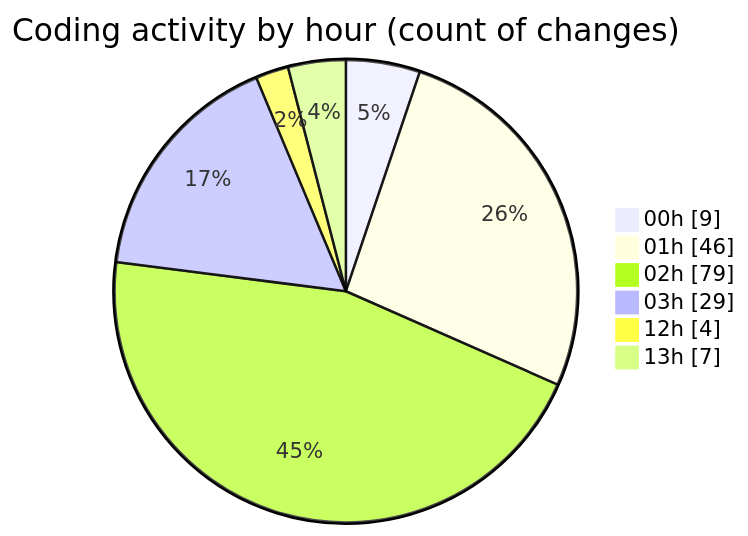
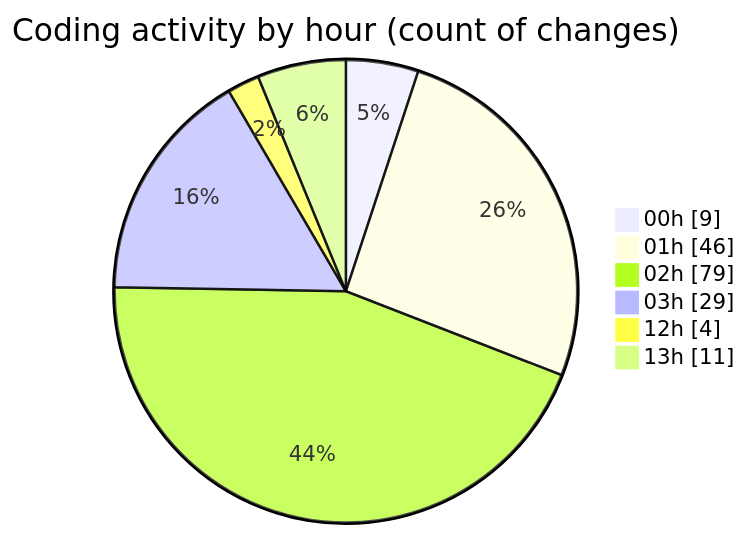
One commit to julien-gomy/code-tracking changed the second of 2 diagrams in 2025-11-18/eventscop-frontend-guide__workspace_/README.md. Above: the diagram before and after it, drawn with Mermaid. The commit also changed other lines of this file and 1 other file, not shown here.

````diff
--- a/2025-11-18/eventscop-frontend-guide__workspace_/README.md
+++ b/2025-11-18/eventscop-frontend-guide__workspace_/README.md
@@ -73,10 +73,10 @@
 ```mermaid
 pie showData
 title Coding activity by hour (count of changes)
 "00h" : 9
 "01h" : 46
 "02h" : 79
 "03h" : 29
 "12h" : 4
-"13h" : 7
+"13h" : 11
 ```
````
